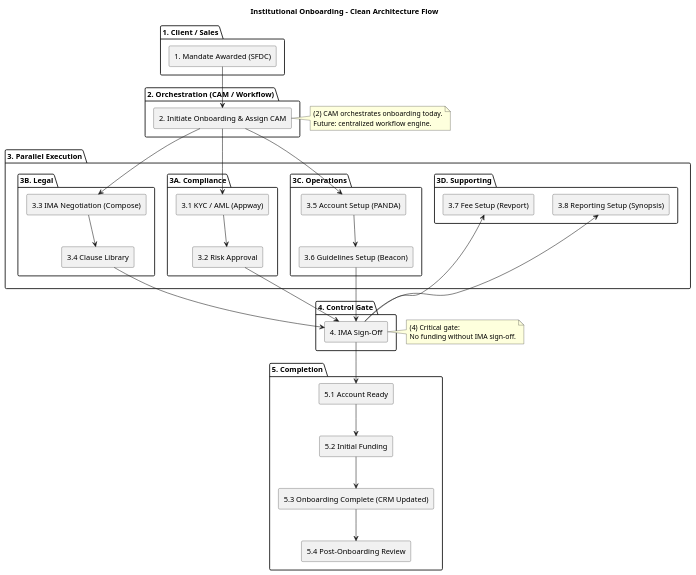
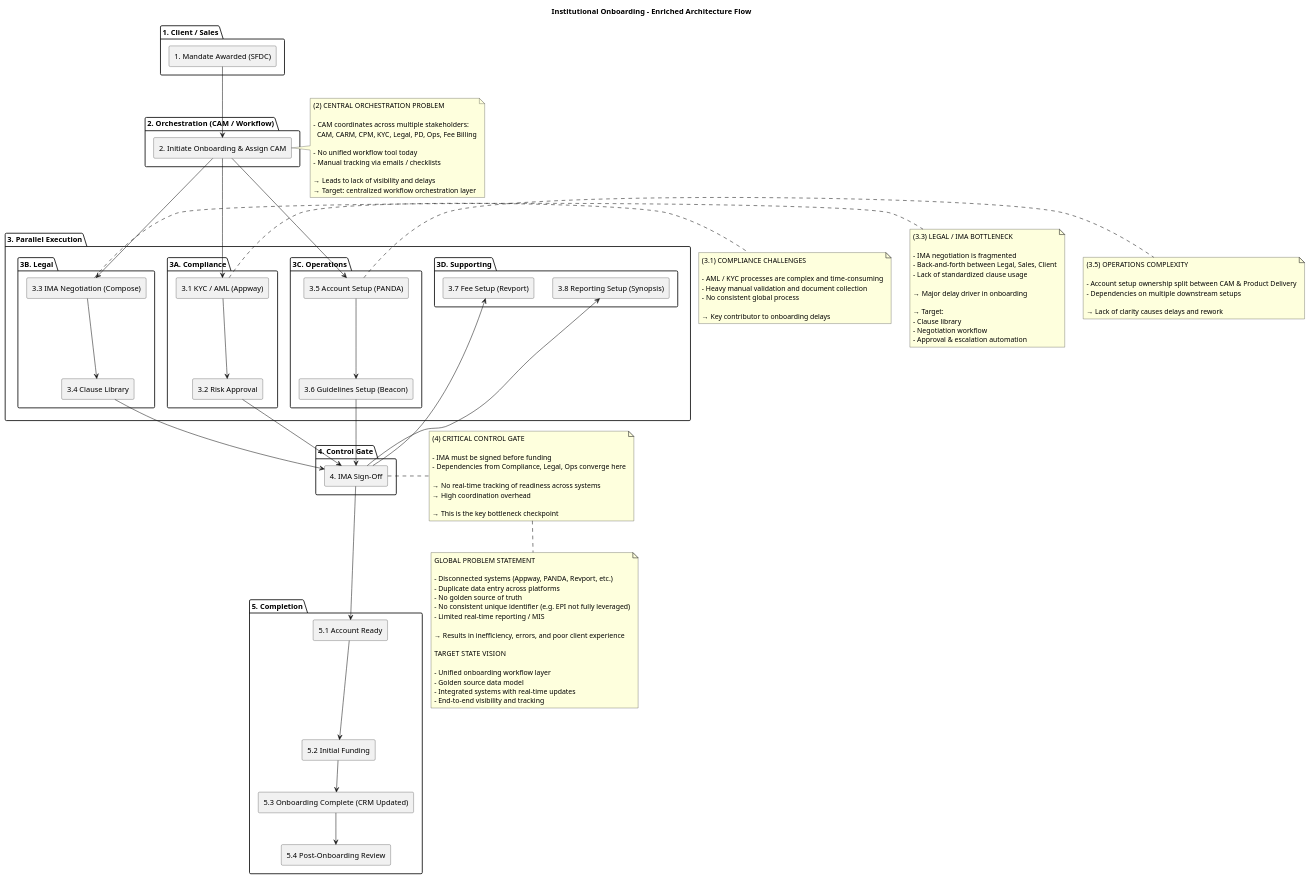
Before and after one commit to ahmedHanie93/Personal-projects: the diagram in Design/am/onb/hlaInst.puml, drawn with PlantUML.

Commit message:
added comments

```diff
--- a/Design/am/onb/hlaInst.puml
+++ b/Design/am/onb/hlaInst.puml
@@ -1,90 +1,159 @@
 @startuml
-title Institutional Onboarding - Clean Architecture Flow
+title Institutional Onboarding - Enriched Architecture Flow
 
 skinparam componentStyle rectangle
 skinparam shadowing false
 
 ' ==== ENTRY ====
 package "1. Client / Sales" {
   [1. Mandate Awarded (SFDC)] as SFDC
 }
 
 ' ==== ORCHESTRATION ====
 package "2. Orchestration (CAM / Workflow)" {
   [2. Initiate Onboarding & Assign CAM] as CAM
 }
 
 ' ==== EXECUTION ====
 package "3. Parallel Execution" {
 
   package "3A. Compliance" {
     [3.1 KYC / AML (Appway)] as KYC
     [3.2 Risk Approval] as RISK
   }
 
   package "3B. Legal" {
     [3.3 IMA Negotiation (Compose)] as IMA
     [3.4 Clause Library] as CLAUSE
   }
 
   package "3C. Operations" {
     [3.5 Account Setup (PANDA)] as ACCOUNT
     [3.6 Guidelines Setup (Beacon)] as GUIDELINES
   }
 
   package "3D. Supporting" {
     [3.7 Fee Setup (Revport)] as FEE
     [3.8 Reporting Setup (Synopsis)] as REPORT
   }
 }
 
 ' ==== CONTROL GATE ====
 package "4. Control Gate" {
   [4. IMA Sign-Off] as SIGNOFF
 }
 
 ' ==== COMPLETION ====
 package "5. Completion" {
   [5.1 Account Ready] as READY
   [5.2 Initial Funding] as FUNDING
   [5.3 Onboarding Complete (CRM Updated)] as COMPLETE
   [5.4 Post-Onboarding Review] as REVIEW
 }
 
 ' ==== FLOW ====
 SFDC --> CAM
 
 CAM --> KYC
 CAM --> IMA
 CAM --> ACCOUNT
 
 KYC --> RISK
 RISK --> SIGNOFF
 
 IMA --> CLAUSE
 CLAUSE --> SIGNOFF
 
 ACCOUNT --> GUIDELINES
 GUIDELINES --> SIGNOFF
 
 SIGNOFF --> FEE
 SIGNOFF --> REPORT
 
 SIGNOFF --> READY
 
 READY --> FUNDING
 FUNDING --> COMPLETE
 COMPLETE --> REVIEW
 
-' ==== NOTES ====
+' ==== ENRICHED NOTES ====
+
 note right of CAM
-(2) CAM orchestrates onboarding today.
-Future: centralized workflow engine.
+(2) CENTRAL ORCHESTRATION PROBLEM
+
+- CAM coordinates across multiple stakeholders:
+  CAM, CARM, CPM, KYC, Legal, PD, Ops, Fee Billing
+
+- No unified workflow tool today
+- Manual tracking via emails / checklists
+
+→ Leads to lack of visibility and delays
+→ Target: centralized workflow orchestration layer
+end note
+
+note right of KYC
+(3.1) COMPLIANCE CHALLENGES
+
+- AML / KYC processes are complex and time-consuming
+- Heavy manual validation and document collection
+- No consistent global process
+
+→ Key contributor to onboarding delays
+end note
+
+note right of IMA
+(3.3) LEGAL / IMA BOTTLENECK
+
+- IMA negotiation is fragmented
+- Back-and-forth between Legal, Sales, Client
+- Lack of standardized clause usage
+
+→ Major delay driver in onboarding
+
+→ Target:
+- Clause library
+- Negotiation workflow
+- Approval & escalation automation
+end note
+
+note right of ACCOUNT
+(3.5) OPERATIONS COMPLEXITY
+
+- Account setup ownership split between CAM & Product Delivery
+- Dependencies on multiple downstream setups
+
+→ Lack of clarity causes delays and rework
 end note
 
 note right of SIGNOFF
-(4) Critical gate:
-No funding without IMA sign-off.
+(4) CRITICAL CONTROL GATE
+
+- IMA must be signed before funding
+- Dependencies from Compliance, Legal, Ops converge here
+
+→ No real-time tracking of readiness across systems
+→ High coordination overhead
+
+→ This is the key bottleneck checkpoint
+end note
+
+note bottom
+GLOBAL PROBLEM STATEMENT
+
+- Disconnected systems (Appway, PANDA, Revport, etc.)
+- Duplicate data entry across platforms
+- No golden source of truth
+- No consistent unique identifier (e.g. EPI not fully leveraged)
+- Limited real-time reporting / MIS
+
+→ Results in inefficiency, errors, and poor client experience
+
+TARGET STATE VISION
+
+- Unified onboarding workflow layer
+- Golden source data model
+- Integrated systems with real-time updates
+- End-to-end visibility and tracking
 end note
 
 @enduml
```
